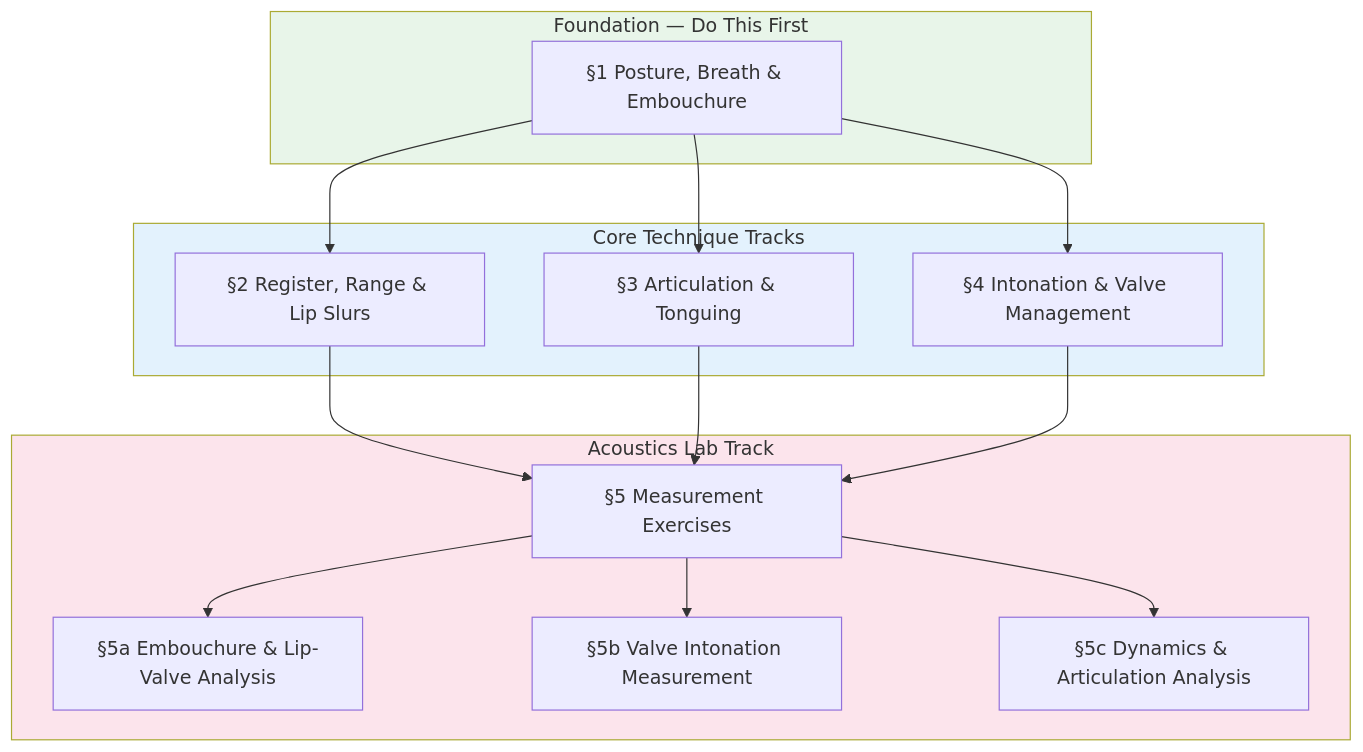
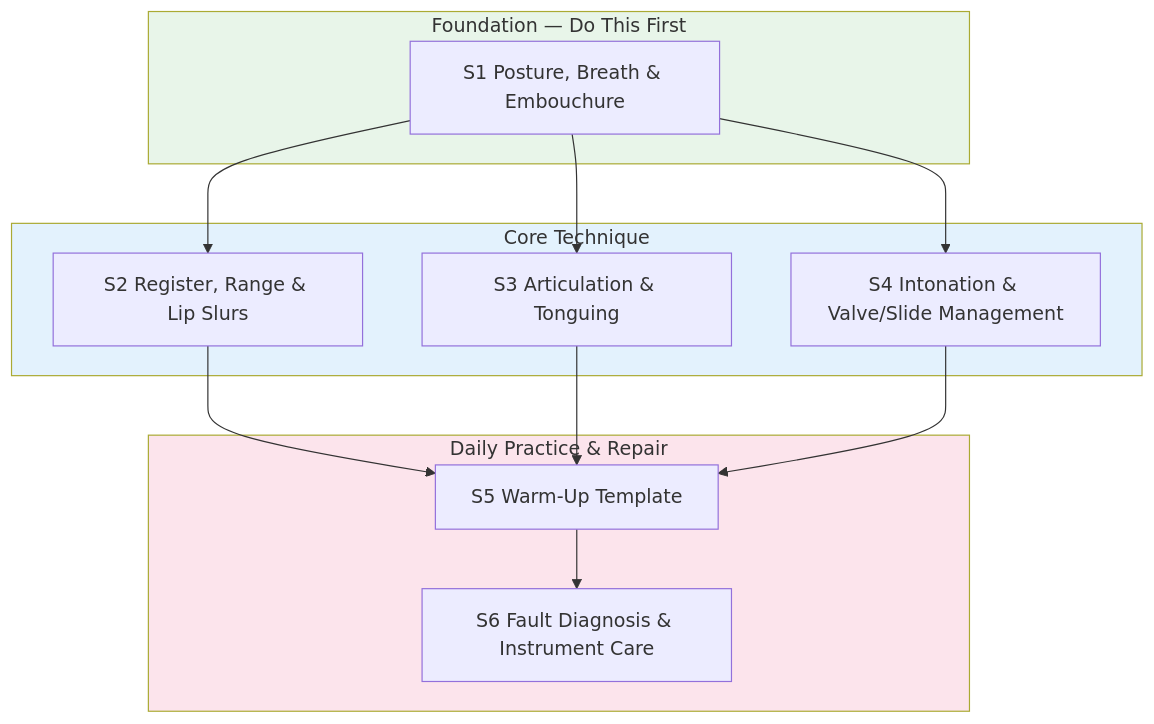
One commit to blebleblee/synapse changed the first of 4 diagrams in topics/arts/music_performance/brass/labs.md. Above: the diagram before and after it, drawn with Mermaid. The commit also changed other lines of this file and 4 other files, not shown here.

````diff
--- a/topics/arts/music_performance/brass/labs.md
+++ b/topics/arts/music_performance/brass/labs.md
@@ -9,30 +9,26 @@
 ```mermaid
 flowchart TD
     subgraph sub_foundation ["Foundation — Do This First"]
-        A["§1 Posture, Breath & Embouchure"]
+        A["S1 Posture, Breath & Embouchure"]
     end
-    subgraph sub_technique ["Core Technique Tracks"]
-        B["§2 Register, Range & Lip Slurs"]
-        C["§3 Articulation & Tonguing"]
-        D["§4 Intonation & Valve Management"]
+    subgraph sub_technique ["Core Technique"]
+        B["S2 Register, Range & Lip Slurs"]
+        C["S3 Articulation & Tonguing"]
+        D["S4 Intonation & Valve/Slide Management"]
     end
-    subgraph sub_lab ["Acoustics Lab Track"]
-        E["§5 Measurement Exercises"]
-        F["§5a Embouchure & Lip-Valve Analysis"]
-        G["§5b Valve Intonation Measurement"]
-        H["§5c Dynamics & Articulation Analysis"]
+    subgraph sub_maintenance ["Daily Practice & Repair"]
+        E["S5 Warm-Up Template"]
+        F["S6 Fault Diagnosis & Instrument Care"]
     end
     A --> B
     A --> C
     A --> D
     B --> E
     C --> E
     D --> E
     E --> F
-    E --> G
-    E --> H
 
     style sub_foundation fill:#e8f5e9
     style sub_technique fill:#e3f2fd
-    style sub_lab fill:#fce4ec
+    style sub_maintenance fill:#fce4ec
 ```
````
